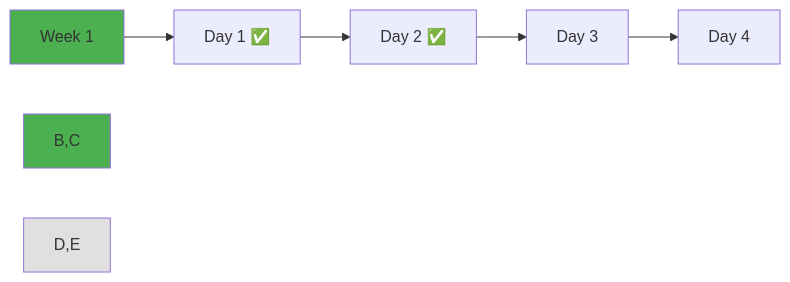
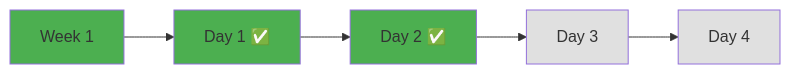
The tenth of 10 diagrams in theory/week_01/day2/README.md (niceguy61/kdt_devops_lecture_2025), drawn with Mermaid before and after one commit. The commit also changed other lines of this file and 1 other file, not shown here.

````diff
--- a/theory/week_01/day2/README.md
+++ b/theory/week_01/day2/README.md
@@ -524,11 +551,13 @@
 ```mermaid
 graph LR
     A[Week 1] --> B[Day 1 ✅]
     B --> C[Day 2 ✅]
     C --> D[Day 3]
     D --> E[Day 4]
     
     style A fill:#4caf50
-    style B,C fill:#4caf50
-    style D,E fill:#e0e0e0
+    style B fill:#4caf50
+    style C fill:#4caf50
+    style D fill:#e0e0e0
+    style E fill:#e0e0e0
 ```
````
